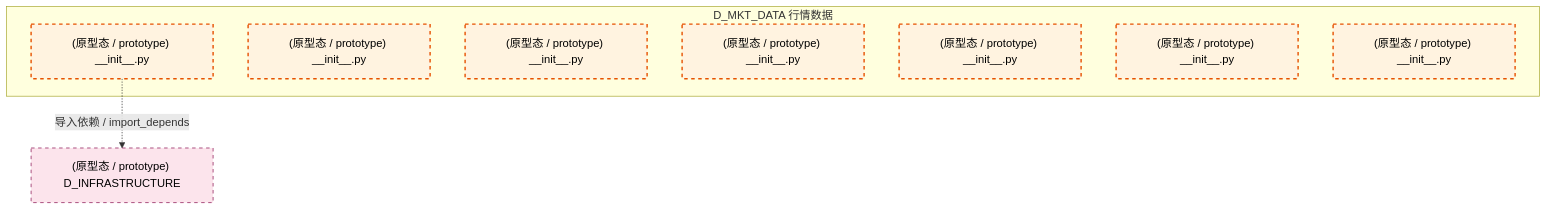
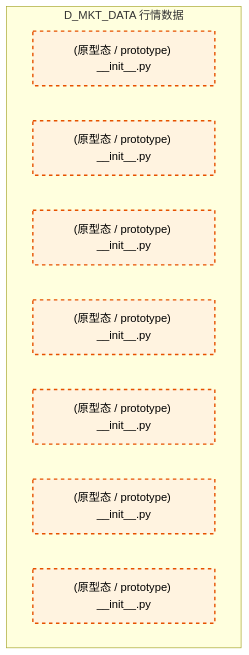
One commit to xuanFelixVan/ZephyrAlpha changed the third of 4 diagrams in docs/02_enterprise_architecture/02_domain_architecture_docs/20_d_mkt_data.md. Above: the diagram before and after it, drawn with Mermaid. The commit also changed other lines of this file and 101 other files, not shown here.

````diff
--- a/docs/02_enterprise_architecture/02_domain_architecture_docs/20_d_mkt_data.md
+++ b/docs/02_enterprise_architecture/02_domain_architecture_docs/20_d_mkt_data.md
@@ -127,20 +125,17 @@
 ```mermaid
 graph TD
     subgraph D_MKT_DATA["D_MKT_DATA 行情数据"]
         src_zephyr_market_data_init_py["(原型态 / prototype) __init__.py"]
         src_zephyr_market_data_extensions_init_py["(原型态 / prototype) __init__.py"]
         src_zephyr_market_data_api_init_py["(原型态 / prototype) __init__.py"]
         src_zephyr_market_data_core_init_py["(原型态 / prototype) __init__.py"]
         src_zephyr_market_data_infrastructure_init_py["(原型态 / prototype) __init__.py"]
         src_zephyr_market_data_models_init_py["(原型态 / prototype) __init__.py"]
         src_zephyr_market_data_services_init_py["(原型态 / prototype) __init__.py"]
     end
-    D_INFRASTRUCTURE["(原型态 / prototype) D_INFRASTRUCTURE"]
-    src_zephyr_market_data_init_py -.->|导入依赖 / import_depends| D_INFRASTRUCTURE
     classDef production fill:#e1f5fe,stroke:#01579b,stroke-width:2px,color:#000
     classDef design fill:#fff3e0,stroke:#e65100,stroke-width:2px,color:#000,stroke-dasharray: 5 5
     classDef external_prod fill:#e8f5e9,stroke:#1b5e20,stroke-width:1px,color:#000
     classDef external_design fill:#fce4ec,stroke:#880e4f,stroke-width:1px,color:#000,stroke-dasharray: 5 5
     class src_zephyr_market_data_init_py,src_zephyr_market_data_extensions_init_py,src_zephyr_market_data_api_init_py,src_zephyr_market_data_core_init_py,src_zephyr_market_data_infrastructure_init_py,src_zephyr_market_data_models_init_py,src_zephyr_market_data_services_init_py design
-    class D_INFRASTRUCTURE external_design
 ```
````
